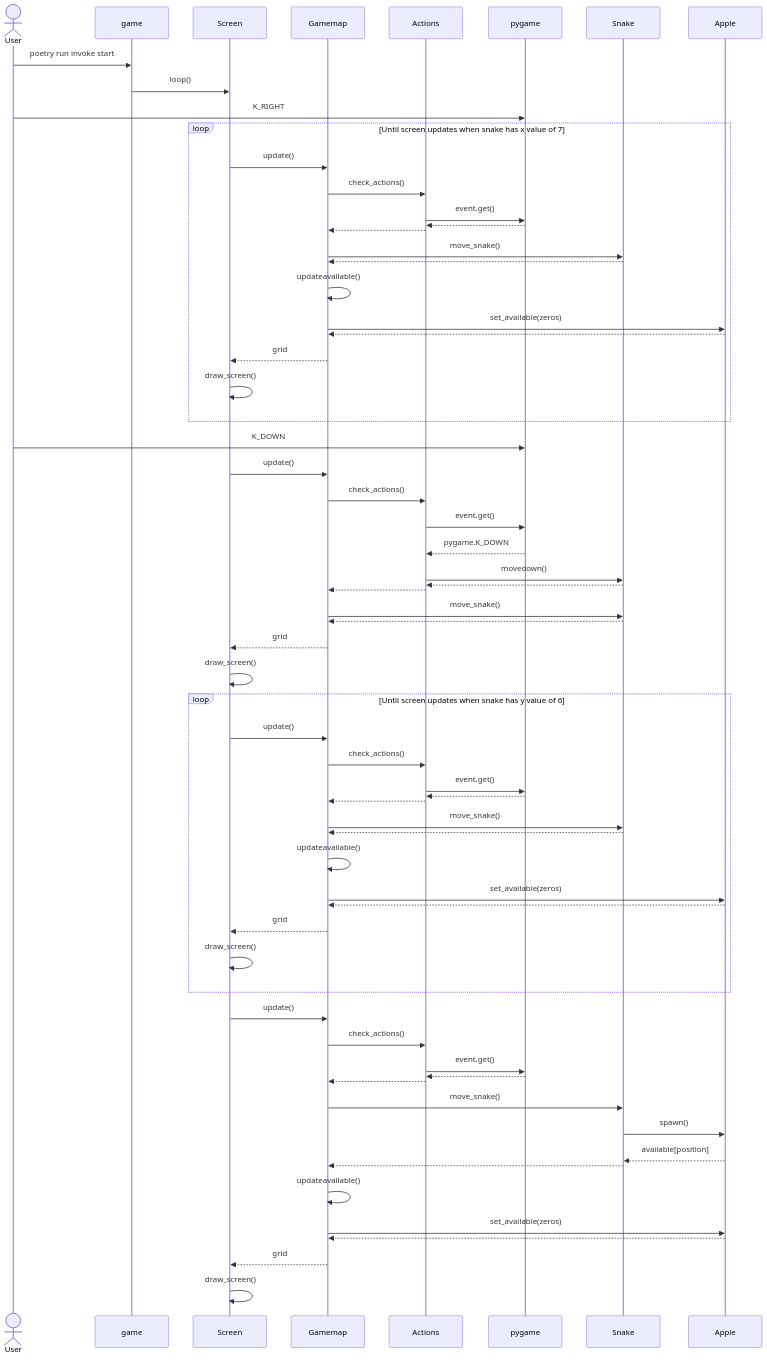
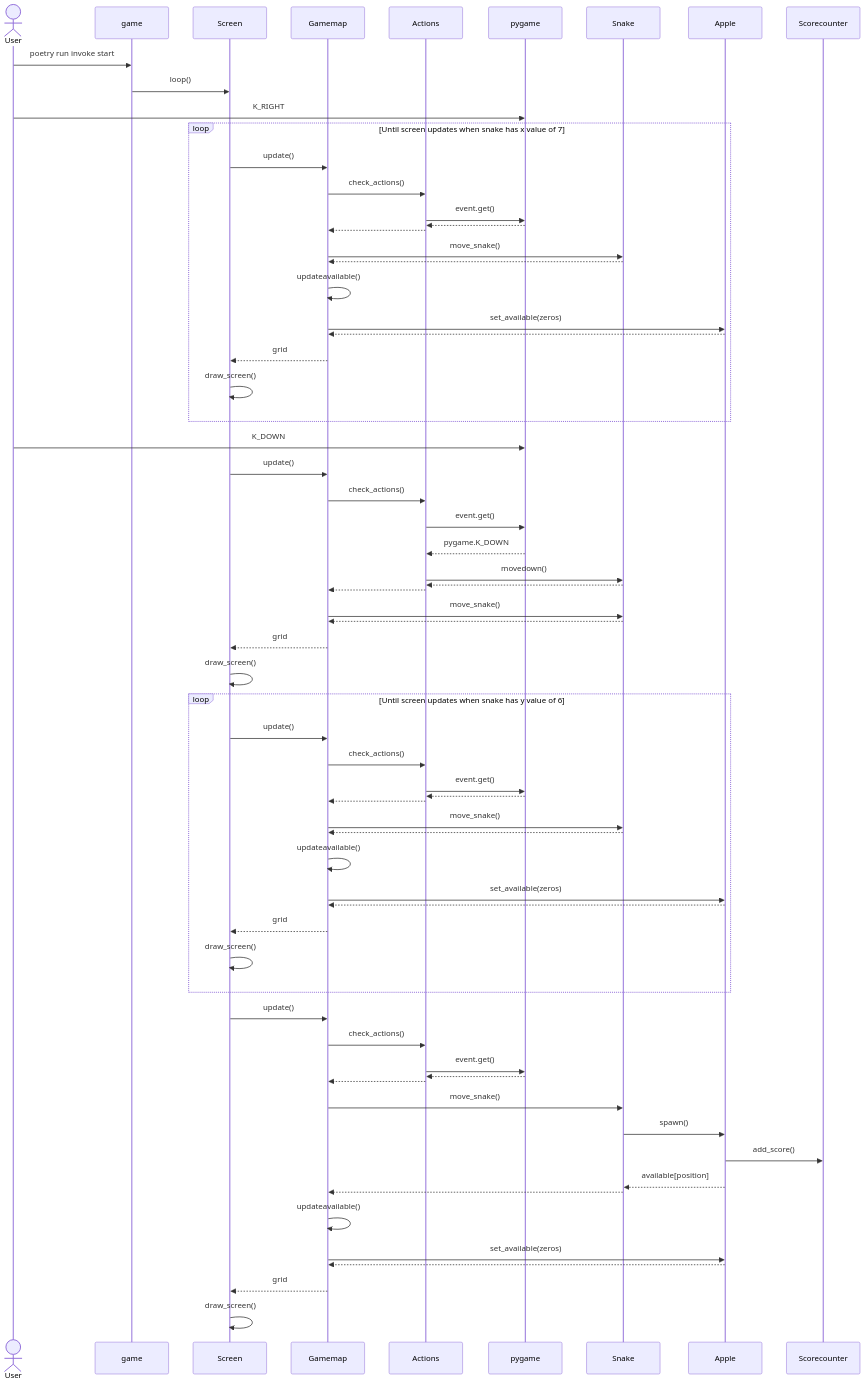
One commit to ThomasGrundstrom/ot-harjoitustyo changed the second of 2 diagrams in dokumentaatio/arkkitehtuuri.md. Above: the diagram before and after it, drawn with Mermaid.

````diff
--- a/dokumentaatio/arkkitehtuuri.md
+++ b/dokumentaatio/arkkitehtuuri.md
@@ -57,69 +57,71 @@
 ```mermaid
  sequenceDiagram
 	actor User
 	participant game
 	participant Screen
 	participant Gamemap
 	participant Actions
 	participant pygame
 	participant Snake
 	participant Apple
+	participant Scorecounter
 	User->>game: poetry run invoke start
 	game->>Screen: loop()
 	User->>pygame: K_RIGHT
 	loop Until screen updates when snake has x value of 7
 	Screen->>Gamemap: update()
 	Gamemap->>Actions: check_actions()
 	Actions->>pygame: event.get()
 	pygame-->>Actions: 
 	Actions-->>Gamemap: 
 	Gamemap->>Snake: move_snake()
 	Snake-->>Gamemap: 
 	Gamemap->>Gamemap: updateavailable()
 	Gamemap->>Apple: set_available(zeros)
 	Apple-->>Gamemap: 
 	Gamemap-->>Screen: grid
 	Screen->>Screen: draw_screen()
 	end
 	User->>pygame: K_DOWN
 	Screen->>Gamemap: update()
 	Gamemap->>Actions: check_actions()
 	Actions->>pygame: event.get()
 	pygame-->>Actions: pygame.K_DOWN
 	Actions->>Snake: movedown()
 	Snake-->>Actions: 
 	Actions-->>Gamemap: 
 	Gamemap->>Snake: move_snake()
 	Snake-->>Gamemap: 
 	Gamemap-->>Screen: grid
 	Screen->>Screen: draw_screen()
 	loop Until screen updates when snake has y value of 6
 	Screen->>Gamemap: update()
 	Gamemap->>Actions: check_actions()
 	Actions->>pygame: event.get()
 	pygame-->>Actions: 
 	Actions-->>Gamemap: 
 	Gamemap->>Snake: move_snake()
 	Snake-->>Gamemap: 
 	Gamemap->>Gamemap: updateavailable()
 	Gamemap->>Apple: set_available(zeros)
 	Apple-->>Gamemap: 
 	Gamemap-->>Screen: grid
 	Screen->>Screen: draw_screen()
 	end
 	Screen->>Gamemap: update()
 	Gamemap->>Actions: check_actions()
 	Actions->>pygame: event.get()
 	pygame-->>Actions: 
 	Actions-->>Gamemap: 
 	Gamemap->>Snake: move_snake()
 	Snake->>Apple: spawn()
+	Apple->>Scorecounter: add_score()
 	Apple-->>Snake: available[position]
 	Snake-->>Gamemap: 
 	Gamemap->>Gamemap: updateavailable()
 	Gamemap->>Apple: set_available(zeros)
 	Apple-->>Gamemap: 
 	Gamemap-->>Screen: grid
 	Screen->>Screen: draw_screen()
 
 ```
````
